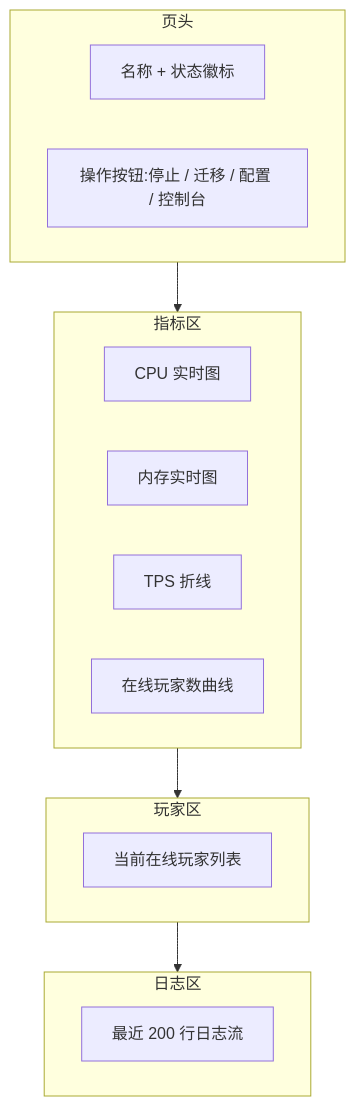
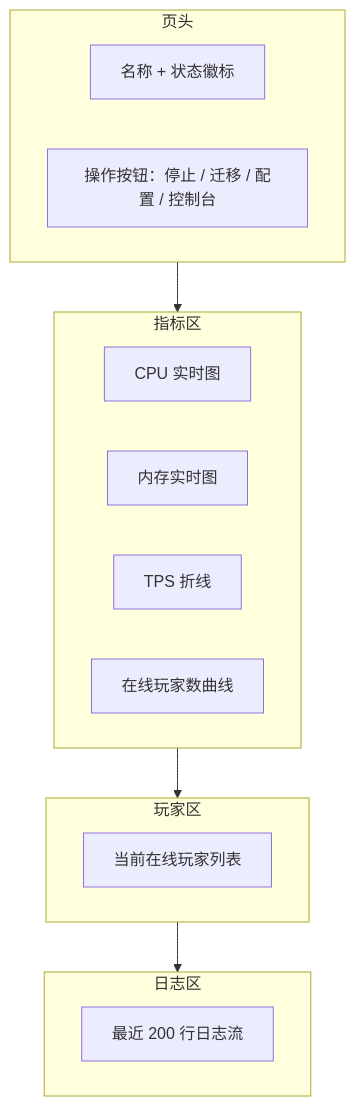
Before and after one commit to JLUCraft/docs: the second of 6 diagrams in pages/components/manager/instances.md, drawn with Mermaid. The commit also changed other lines of this file and 23 other files, not shown here.

````diff
--- a/pages/components/manager/instances.md
+++ b/pages/components/manager/instances.md
@@ -52,22 +52,22 @@
 ```mermaid
 flowchart TB
   subgraph H[页头]
     Name[名称 + 状态徽标]
-    Btn[操作按钮:停止 / 迁移 / 配置 / 控制台]
+    Btn[操作按钮：停止 / 迁移 / 配置 / 控制台]
   end
   subgraph M[指标区]
     Cpu[CPU 实时图]
     Mem[内存实时图]
     Tps[TPS 折线]
     Players[在线玩家数曲线]
   end
   subgraph P[玩家区]
     PL[当前在线玩家列表]
   end
   subgraph L[日志区]
     LS[最近 200 行日志流]
   end
   H --> M
   M --> P
   P --> L
 ```
````
